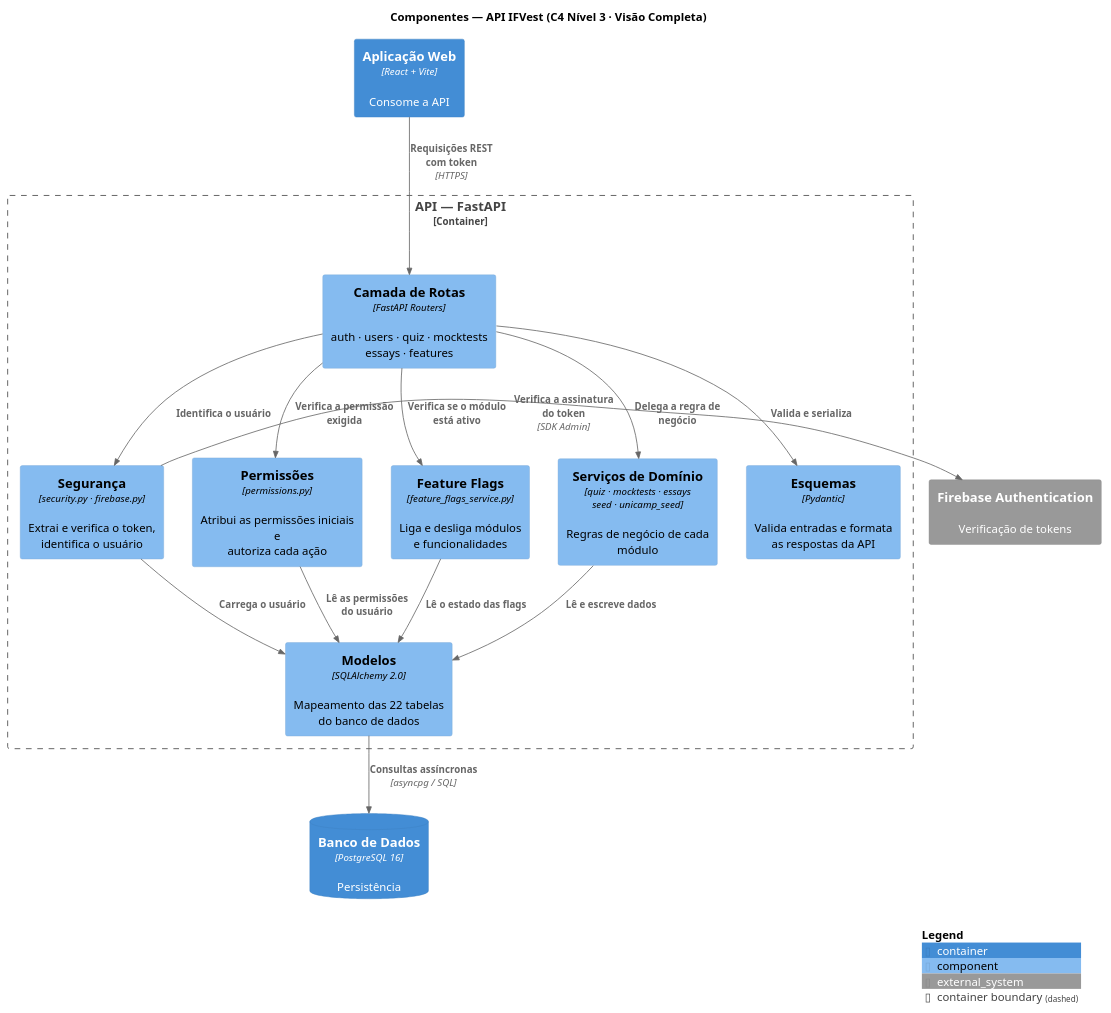
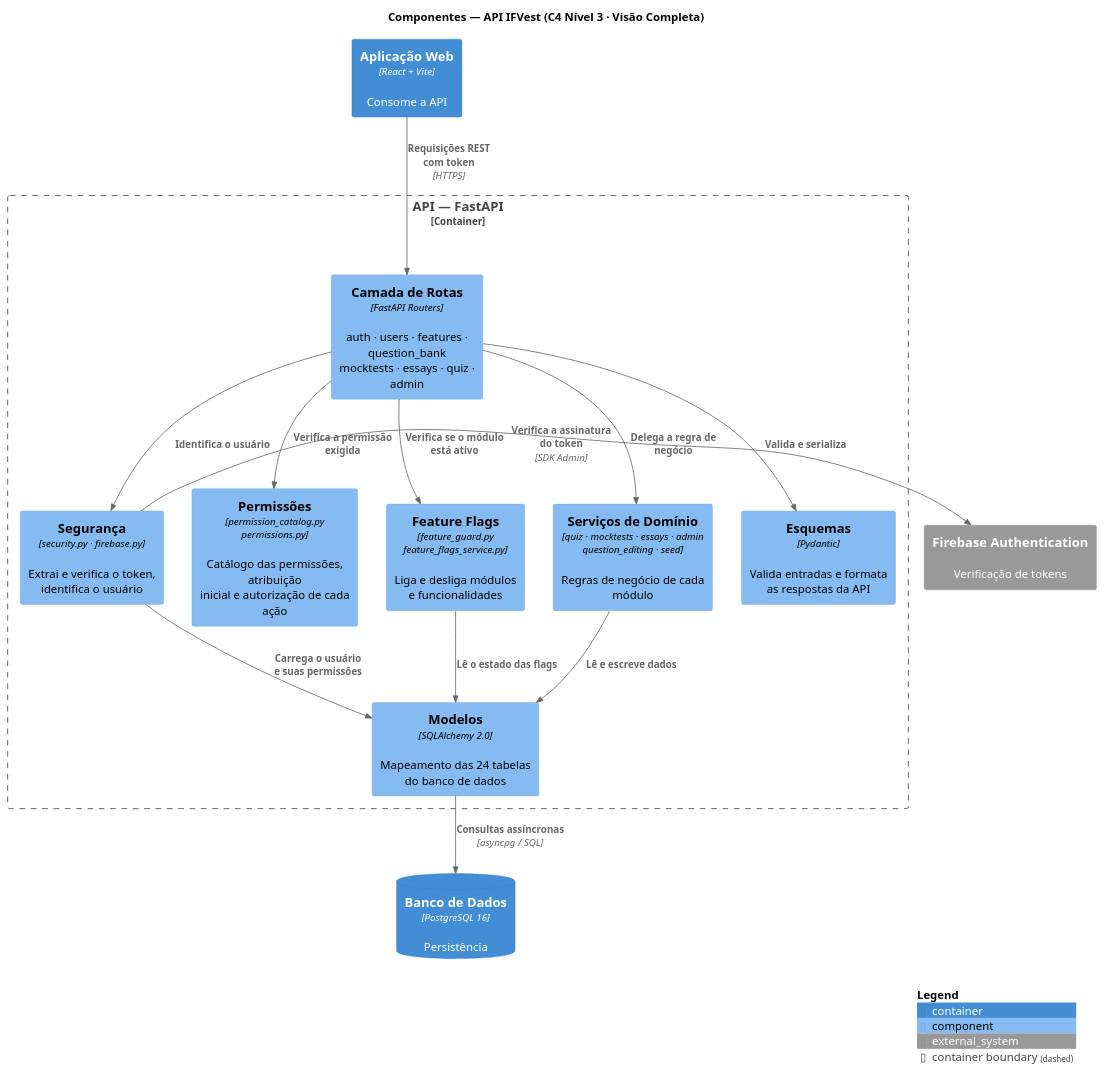
Before and after one commit to IthaloCavalcante/ifvest-docs: the diagram in docs/diagrams/src/c4_l3_componentes_1.puml, drawn with PlantUML. The commit also changed 17 other files, not shown here.

```diff
--- a/docs/diagrams/src/c4_l3_componentes_1.puml
+++ b/docs/diagrams/src/c4_l3_componentes_1.puml
@@ -1,39 +1,38 @@
 @startuml C4_Componentes_API_Completo
 !include https://raw.githubusercontent.com/plantuml-stdlib/C4-PlantUML/master/C4_Component.puml
 
 title Componentes — API IFVest (C4 Nível 3 · Visão Completa)
 
 LAYOUT_TOP_DOWN()
 
 Container(web, "Aplicação Web", "React + Vite", "Consome a API")
 
 Container_Boundary(api, "API — FastAPI") {
-    Component(rotas, "Camada de Rotas", "FastAPI Routers", "auth · users · quiz · mocktests\nessays · features")
+    Component(rotas, "Camada de Rotas", "FastAPI Routers", "auth · users · features · question_bank\nmocktests · essays · quiz · admin")
     Component(seguranca, "Segurança", "security.py · firebase.py", "Extrai e verifica o token,\nidentifica o usuário")
-    Component(permissoes, "Permissões", "permissions.py", "Atribui as permissões iniciais e\nautoriza cada ação")
-    Component(flags, "Feature Flags", "feature_flags_service.py", "Liga e desliga módulos\ne funcionalidades")
-    Component(servicos, "Serviços de Domínio", "quiz · mocktests · essays\nseed · unicamp_seed", "Regras de negócio de cada módulo")
+    Component(permissoes, "Permissões", "permission_catalog.py\npermissions.py", "Catálogo das permissões, atribuição\ninicial e autorização de cada ação")
+    Component(flags, "Feature Flags", "feature_guard.py\nfeature_flags_service.py", "Liga e desliga módulos\ne funcionalidades")
+    Component(servicos, "Serviços de Domínio", "quiz · mocktests · essays · admin\nquestion_editing · seed", "Regras de negócio de cada módulo")
     Component(esquemas, "Esquemas", "Pydantic", "Valida entradas e formata\nas respostas da API")
-    Component(modelos, "Modelos", "SQLAlchemy 2.0", "Mapeamento das 22 tabelas\ndo banco de dados")
+    Component(modelos, "Modelos", "SQLAlchemy 2.0", "Mapeamento das 24 tabelas\ndo banco de dados")
 }
 
 ContainerDb(db, "Banco de Dados", "PostgreSQL 16", "Persistência")
 System_Ext(firebase, "Firebase Authentication", "Verificação de tokens")
 
 Rel_D(web, rotas, "Requisições REST\ncom token", "HTTPS")
 
+Rel_D(rotas, flags, "Verifica se o módulo\nestá ativo")
 Rel_D(rotas, seguranca, "Identifica o usuário")
 Rel_D(rotas, permissoes, "Verifica a permissão exigida")
-Rel_D(rotas, flags, "Verifica se o módulo\nestá ativo")
 Rel_D(rotas, esquemas, "Valida e serializa")
 Rel_D(rotas, servicos, "Delega a regra de negócio")
 
 Rel_R(seguranca, firebase, "Verifica a assinatura\ndo token", "SDK Admin")
-Rel_D(seguranca, modelos, "Carrega o usuário")
-Rel_D(permissoes, modelos, "Lê as permissões\ndo usuário")
+Rel_D(seguranca, modelos, "Carrega o usuário\ne suas permissões")
 Rel_D(flags, modelos, "Lê o estado das flags")
 Rel_D(servicos, modelos, "Lê e escreve dados")
 Rel_D(modelos, db, "Consultas assíncronas", "asyncpg / SQL")
 
 SHOW_LEGEND()
 @enduml
```
